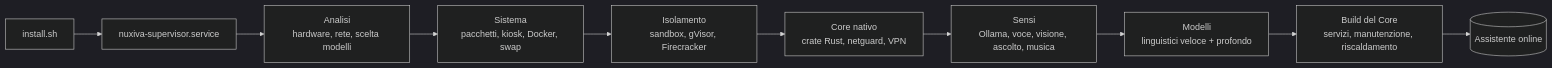
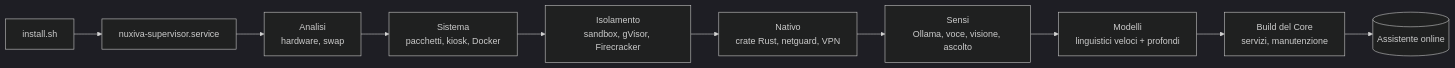
The first of 2 diagrams in README_IT.md (AprileNunzio/Nuxiva), drawn with Mermaid (dark theme) before and after one commit. The commit also changed other lines of this file and 1 other file, not shown here.

````diff
--- a/README_IT.md
+++ b/README_IT.md
@@ -76,12 +58,12 @@
 ```mermaid
 flowchart LR
     A[install.sh] --> B[nuxiva-supervisor.service]
-    B --> C[Analisi<br/>hardware, rete, scelta modelli]
-    C --> D[Sistema<br/>pacchetti, kiosk, Docker, swap]
+    B --> C[Analisi<br/>hardware, swap]
+    C --> D[Sistema<br/>pacchetti, kiosk, Docker]
     D --> E[Isolamento<br/>sandbox, gVisor, Firecracker]
-    E --> F[Core nativo<br/>crate Rust, netguard, VPN]
-    F --> G[Sensi<br/>Ollama, voce, visione, ascolto, musica]
-    G --> H[Modelli<br/>linguistici veloce + profondo]
-    H --> I[Build del Core<br/>servizi, manutenzione, riscaldamento]
+    E --> F[Nativo<br/>crate Rust, netguard, VPN]
+    F --> G[Sensi<br/>Ollama, voce, visione, ascolto]
+    G --> H[Modelli<br/>linguistici veloci + profondi]
+    H --> I[Build del Core<br/>servizi, manutenzione]
     I --> J[(Assistente online)]
 ```
````
